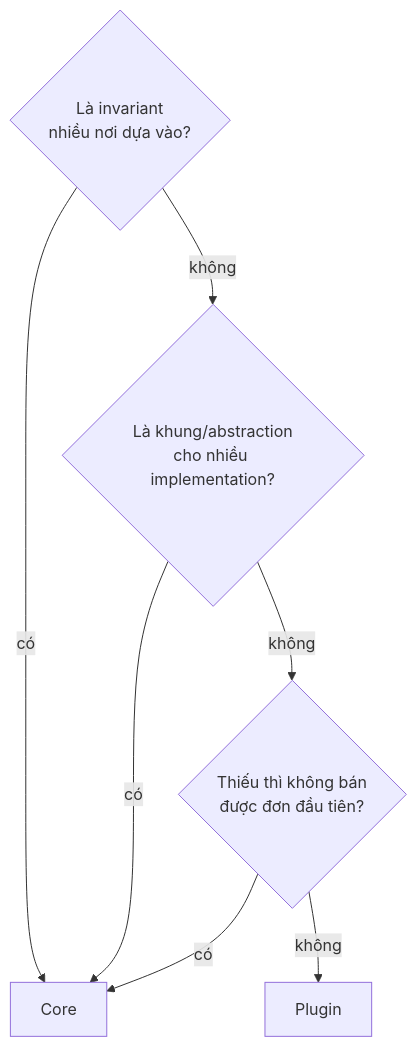
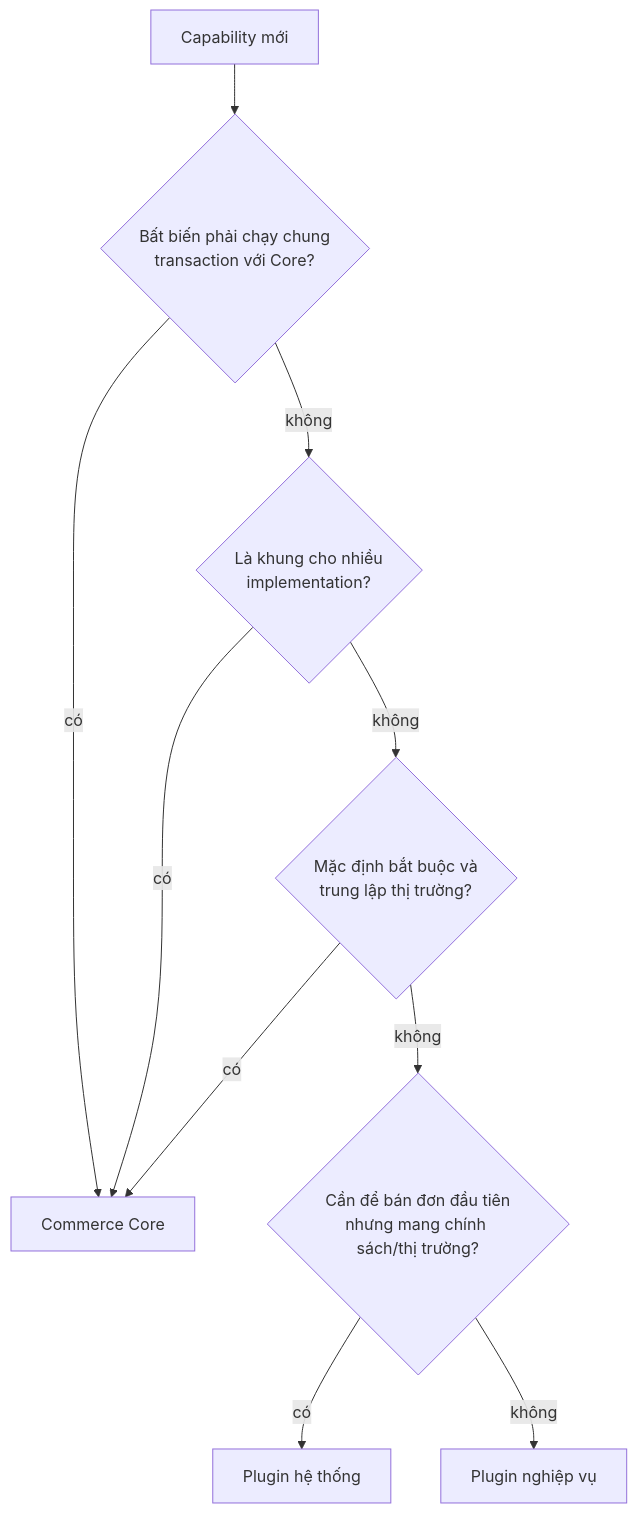
Before and after one commit to ptdat97/vanishop: the diagram in docs/02-architecture/commerce-kernel.md, drawn with Mermaid. The commit also changed other lines of this file and 16 other files, not shown here.

First line of the commit message:
docs: mô hình microkernel thương mại bốn vòng, nghiệp vụ là plugin (ADR-029)

````diff
--- a/docs/02-architecture/commerce-kernel.md
+++ b/docs/02-architecture/commerce-kernel.md
@@ -17,9 +85,12 @@
 ```mermaid
 flowchart TD
-    Q1{Là invariant<br/>nhiều nơi dựa vào?} -- có --> CORE[Core]
-    Q1 -- không --> Q2{Là khung/abstraction<br/>cho nhiều implementation?}
+    A[Capability mới] --> Q1{Bất biến phải chạy chung<br/>transaction với Core?}
+    Q1 -- có --> CORE[Commerce Core]
+    Q1 -- không --> Q2{Là khung cho nhiều<br/>implementation?}
     Q2 -- có --> CORE
-    Q2 -- không --> Q3{Thiếu thì không bán<br/>được đơn đầu tiên?}
+    Q2 -- không --> Q3{Mặc định bắt buộc và<br/>trung lập thị trường?}
     Q3 -- có --> CORE
-    Q3 -- không --> PLUGIN[Plugin]
+    Q3 -- không --> Q4{Cần để bán đơn đầu tiên<br/>nhưng mang chính sách/thị trường?}
+    Q4 -- có --> SYS[Plugin hệ thống]
+    Q4 -- không --> BIZ[Plugin nghiệp vụ]
 ```
````
